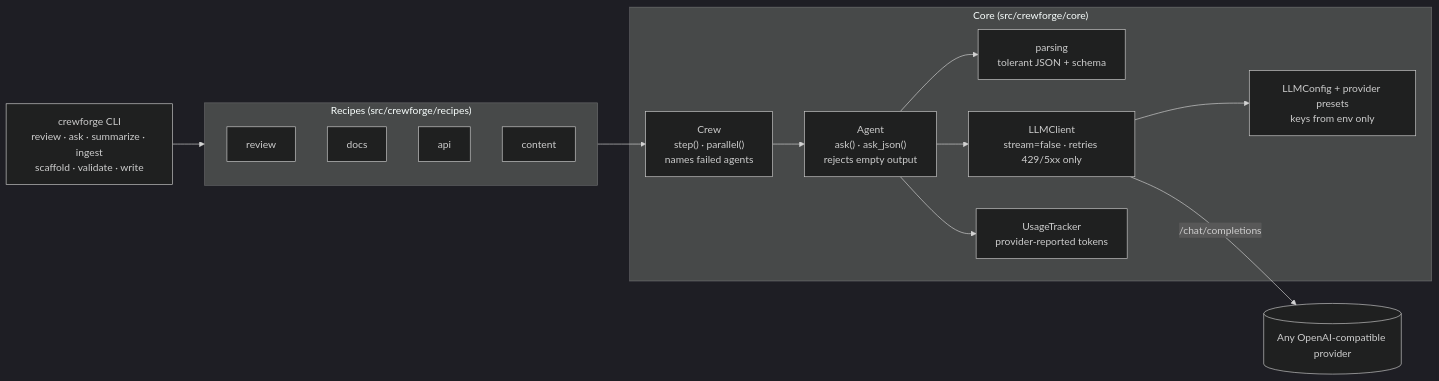
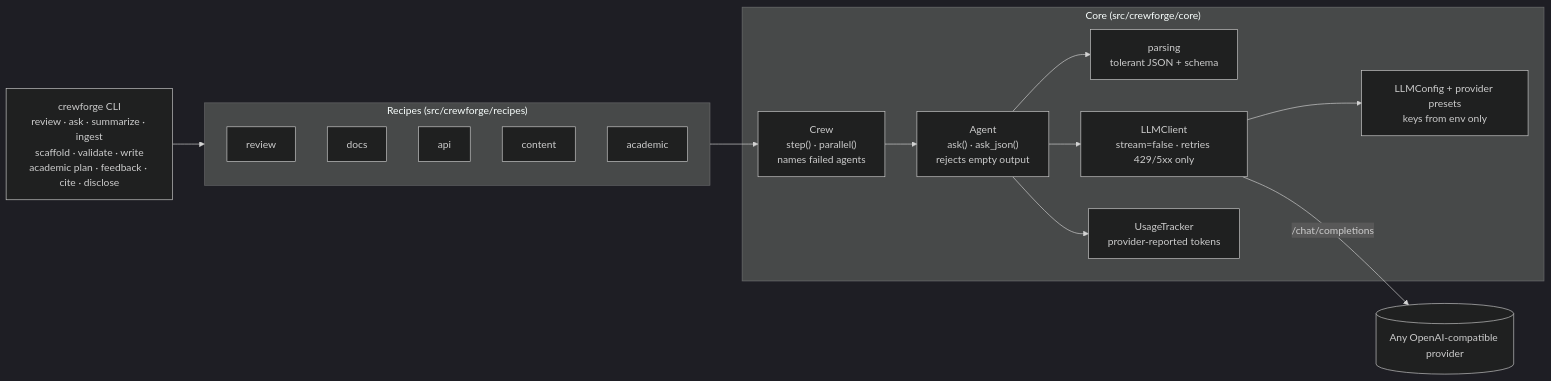
Before and after one commit to aimanmalib/crewforge: the diagram in README.md, drawn with Mermaid (dark theme). The commit also changed other lines of this file and 28 other files, not shown here.

First line of the commit message:
Add the academic recipe (plan, feedback, cite, disclose) replacing hermes-mimo-writer (#10)

````diff
--- a/README.md
+++ b/README.md
@@ -194,29 +265,30 @@
 ```mermaid
 flowchart LR
-    CLI["crewforge CLI<br/>review · ask · summarize · ingest<br/>scaffold · validate · write"] --> R
+    CLI["crewforge CLI<br/>review · ask · summarize · ingest<br/>scaffold · validate · write<br/>academic plan · feedback · cite · disclose"] --> R
 
     subgraph R["Recipes (src/crewforge/recipes)"]
         RV[review]
         DC[docs]
         AP[api]
         CT[content]
+        AC[academic]
     end
 
     R --> CREW
 
     subgraph CORE["Core (src/crewforge/core)"]
         CREW["Crew<br/>step() · parallel()<br/>names failed agents"]
         AG["Agent<br/>ask() · ask_json()<br/>rejects empty output"]
         PA["parsing<br/>tolerant JSON + schema"]
         CL["LLMClient<br/>stream=false · retries 429/5xx only"]
         US["UsageTracker<br/>provider-reported tokens"]
         CF["LLMConfig + provider presets<br/>keys from env only"]
         CREW --> AG
         AG --> PA
         AG --> CL
         AG --> US
         CL --> CF
     end
 
     CL -->|"/chat/completions"| P[("Any OpenAI-compatible provider")]
 ```
````
